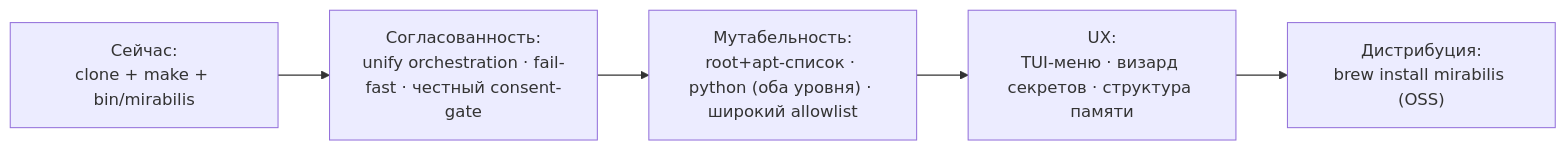
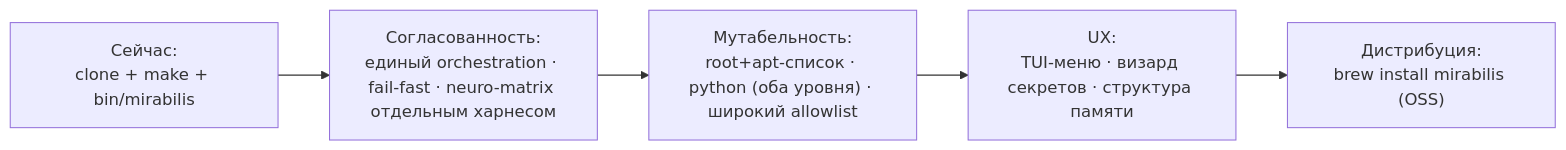
Before and after one commit to AlexShchuka/mirabilis: the second of 2 diagrams in docs/VISION.md, drawn with Mermaid. The commit also changed other lines of this file and 44 other files, not shown here.

First line of the commit message:
feat: coherent box — unified entrypoint, honest consent-gate, fail-fast, stacks, single-command menu (#33)

````diff
--- a/docs/VISION.md
+++ b/docs/VISION.md
@@ -56,7 +59,7 @@
 ```mermaid
 flowchart LR
-  P0["Сейчас:\nclone + make + bin/mirabilis"] --> P1["Согласованность:\nunify orchestration · fail-fast · честный consent-gate"]
+  P0["Сейчас:\nclone + make + bin/mirabilis"] --> P1["Согласованность:\nединый orchestration · fail-fast · neuro-matrix отдельным харнесом"]
   P1 --> P2["Мутабельность:\nroot+apt-список · python (оба уровня) · широкий allowlist"]
   P2 --> P3["UX:\nTUI-меню · визард секретов · структура памяти"]
   P3 --> P4["Дистрибуция:\nbrew install mirabilis (OSS)"]
 ```
````
